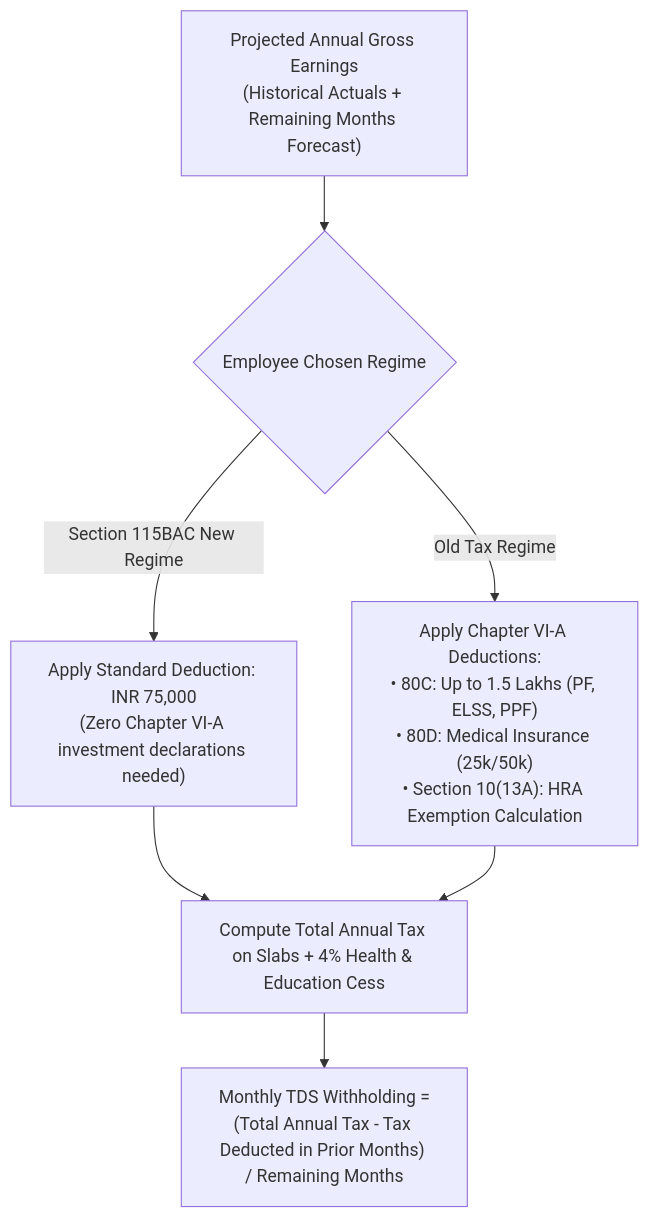
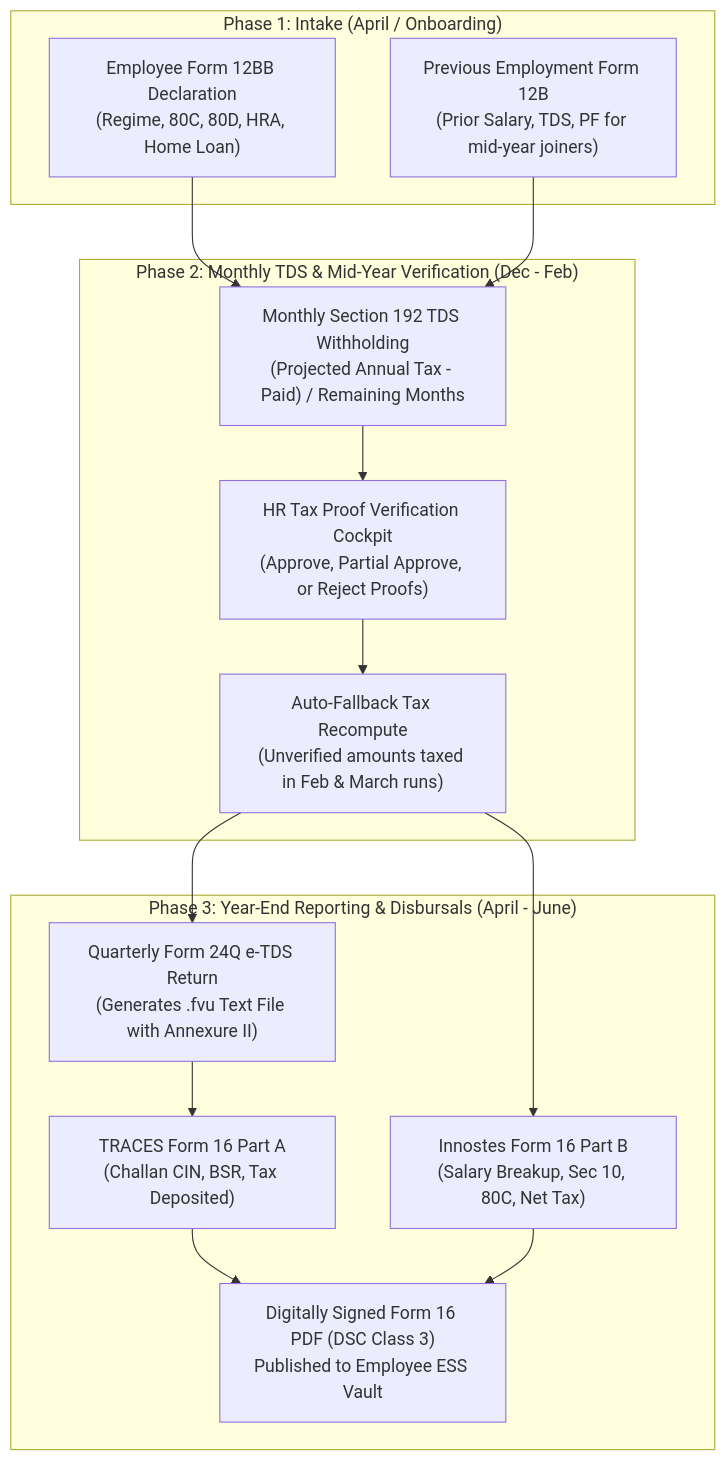
Before and after one commit to innostes-dev/erp: the fourth of 5 diagrams in research/final_modules/hrms/04_payroll_engine_and_statutory_rules.md, drawn with Mermaid. The commit also changed other lines of this file and 2 other files, not shown here.

Commit message:
feat(tax): implement complete Indian Income Tax engine, Form 12BB declaration intake, verification cockpit, and Form 16 lifecycle

````diff
--- a/research/final_modules/hrms/04_payroll_engine_and_statutory_rules.md
+++ b/research/final_modules/hrms/04_payroll_engine_and_statutory_rules.md
@@ -262,13 +262,30 @@
 ```mermaid
 flowchart TD
-    GrossYear["Projected Annual Gross Earnings<br/>(Historical Actuals + Remaining Months Forecast)"] --> RegimeCheck{"Employee Chosen Regime"}
-    
-    RegimeCheck -->|Section 115BAC New Regime| NewRegime["Apply Standard Deduction: INR 75,000<br/>(Zero Chapter VI-A investment declarations needed)"]
-    
-    RegimeCheck -->|Old Tax Regime| OldRegime["Apply Chapter VI-A Deductions:<br/>• 80C: Up to 1.5 Lakhs (PF, ELSS, PPF)<br/>• 80D: Medical Insurance (25k/50k)<br/>• Section 10(13A): HRA Exemption Calculation"]
-    
-    NewRegime --> SlabCompute["Compute Total Annual Tax on Slabs + 4% Health & Education Cess"]
-    OldRegime --> SlabCompute
-    
-    SlabCompute --> MonthlyTDS["Monthly TDS Withholding =<br/>(Total Annual Tax - Tax Deducted in Prior Months) / Remaining Months"]
+    subgraph P1["Phase 1: Intake (April / Onboarding)"]
+        F12BB["Employee Form 12BB Declaration<br/>(Regime, 80C, 80D, HRA, Home Loan)"]
+        F12B["Previous Employment Form 12B<br/>(Prior Salary, TDS, PF for mid-year joiners)"]
+    end
+
+    subgraph P2["Phase 2: Monthly TDS & Mid-Year Verification (Dec - Feb)"]
+        TDS["Monthly Section 192 TDS Withholding<br/>(Projected Annual Tax - Paid) / Remaining Months"]
+        Cockpit["HR Tax Proof Verification Cockpit<br/>(Approve, Partial Approve, or Reject Proofs)"]
+        Recompute["Auto-Fallback Tax Recompute<br/>(Unverified amounts taxed in Feb & March runs)"]
+    end
+
+    subgraph P3["Phase 3: Year-End Reporting & Disbursals (April - June)"]
+        F24Q["Quarterly Form 24Q e-TDS Return<br/>(Generates .fvu Text File with Annexure II)"]
+        PartA["TRACES Form 16 Part A<br/>(Challan CIN, BSR, Tax Deposited)"]
+        PartB["Innostes Form 16 Part B<br/>(Salary Breakup, Sec 10, 80C, Net Tax)"]
+        Merged["Digitally Signed Form 16 PDF (DSC Class 3)<br/>Published to Employee ESS Vault"]
+    end
+
+    F12BB --> TDS
+    F12B --> TDS
+    TDS --> Cockpit
+    Cockpit --> Recompute
+    Recompute --> F24Q
+    F24Q --> PartA
+    Recompute --> PartB
+    PartA --> Merged
+    PartB --> Merged
 ```
````
